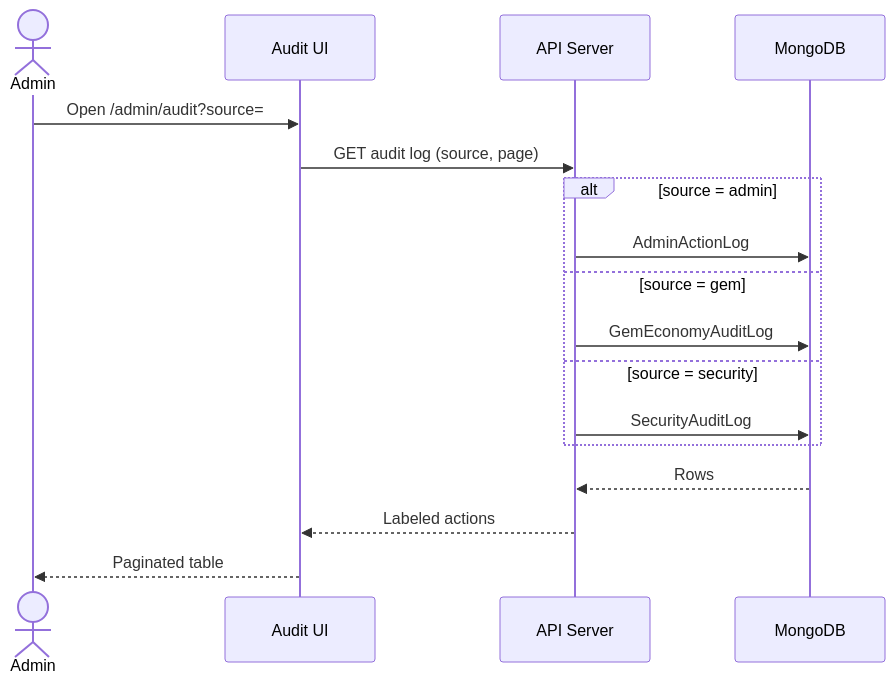
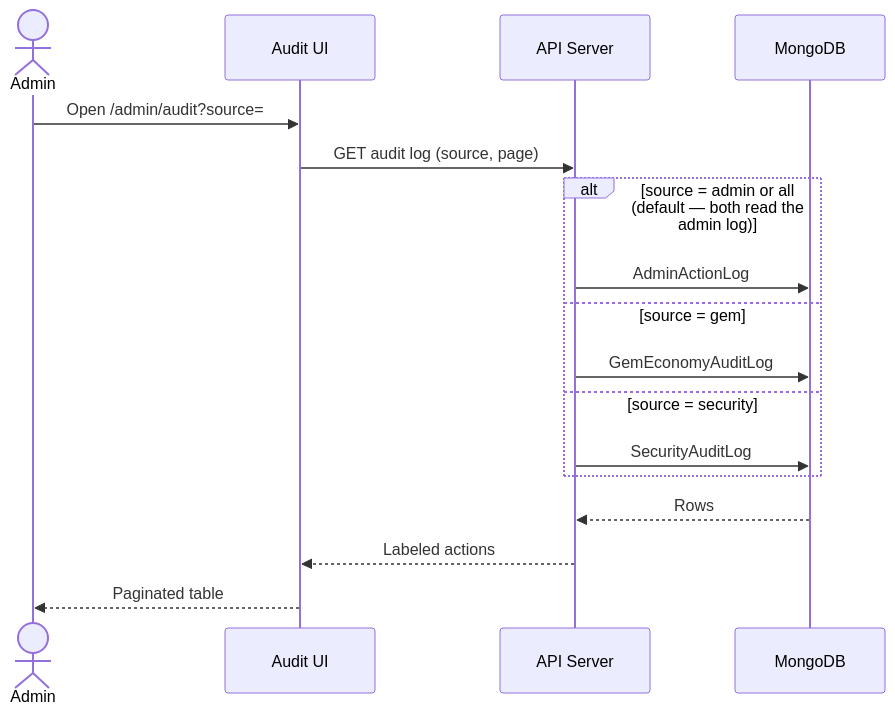
One commit to quangg1/ASTRO_EDU changed diagram 17 of 18 in docs/diagrams/sequence-diagrams-supplement.md. Above: the diagram before and after it, drawn with Mermaid. The commit also changed other lines of this file and 31 other files, not shown here.

First line of the commit message:
docs(diagrams): align use case and sequence diagrams with the code

````diff
--- a/docs/diagrams/sequence-diagrams-supplement.md
+++ b/docs/diagrams/sequence-diagrams-supplement.md
@@ -445,20 +474,20 @@
 ```mermaid
 sequenceDiagram
     actor Admin
     participant UI as Audit UI
     participant API as API Server
     participant DB as MongoDB
 
     Admin->>UI: Open /admin/audit?source=
     UI->>API: GET audit log (source, page)
-    alt source = admin
+    alt source = admin or all (default — both read the admin log)
         API->>DB: AdminActionLog
     else source = gem
         API->>DB: GemEconomyAuditLog
     else source = security
         API->>DB: SecurityAuditLog
     end
     DB-->>API: Rows
     API-->>UI: Labeled actions
     UI-->>Admin: Paginated table
 ```
````
